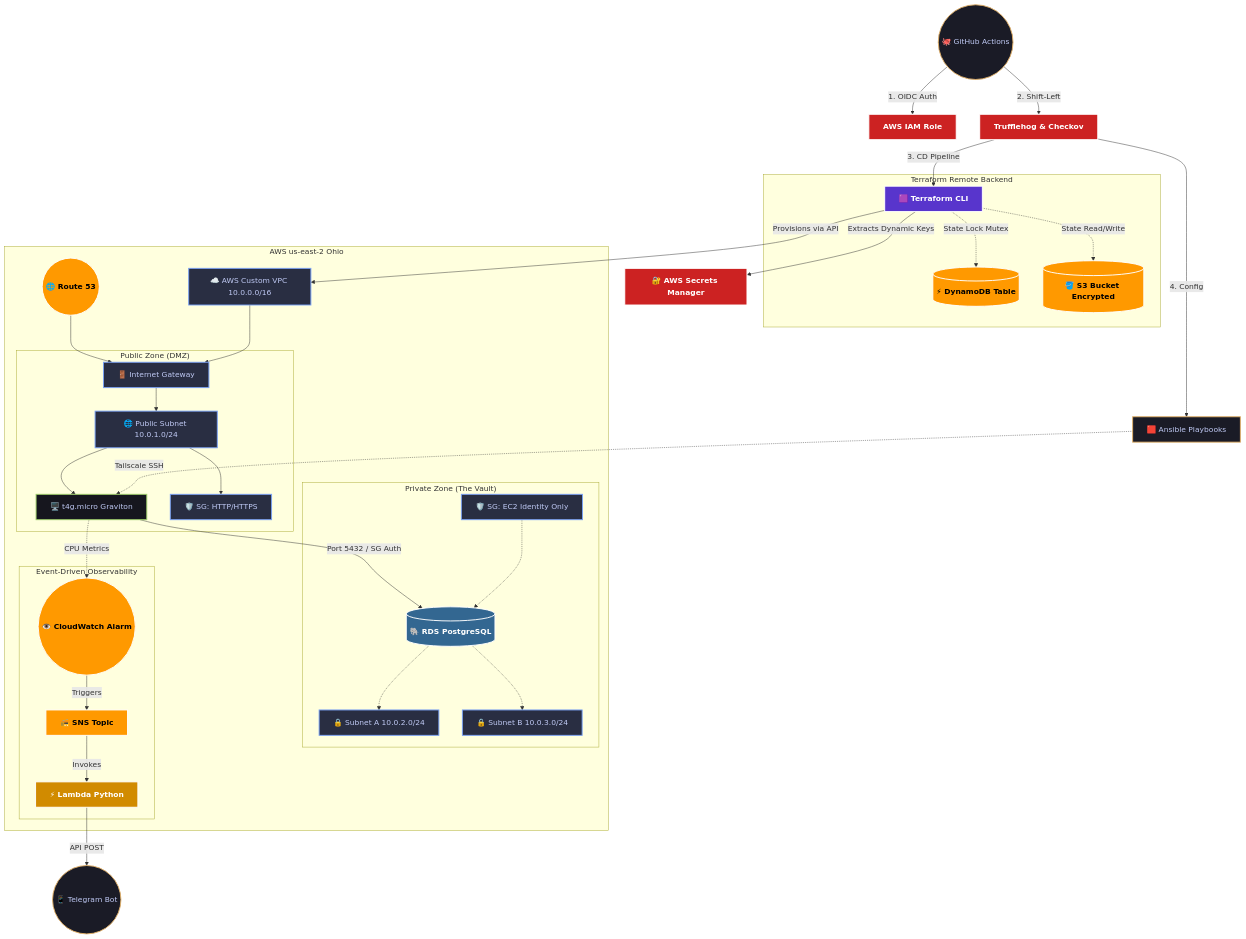
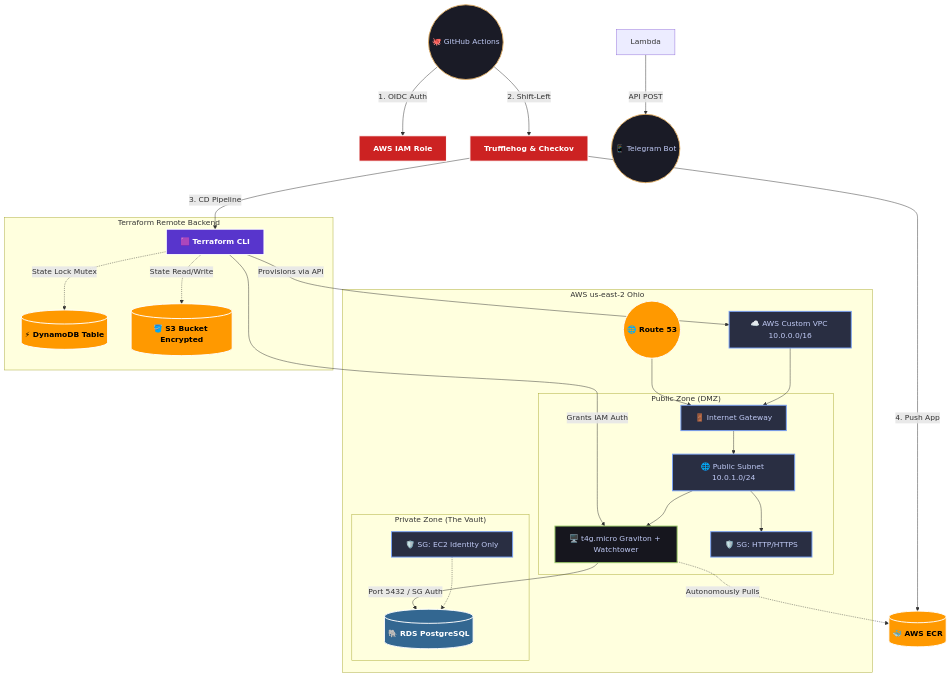
The diagram in README.md (ezequieldlv/mysstic-cloud), drawn with Mermaid before and after one commit. The commit also changed other lines of this file and 5 other files, not shown here.

Commit message:
feat(aws): split ECR into microservices, attach read policies to EC2, and deploy Watchtower agent

````diff
--- a/README.md
+++ b/README.md
@@ -29,51 +30,43 @@
 ```mermaid
 graph TD
     classDef aws fill:#FF9900,stroke:#fff,stroke-width:2px,color:#000,font-weight:bold
     classDef tf fill:#5835CC,stroke:#fff,stroke-width:2px,color:#fff,font-weight:bold
     classDef cicd fill:#1a1b26,stroke:#e0af68,stroke-width:2px,color:#c0caf5
     classDef net fill:#292e42,stroke:#7aa2f7,stroke-width:2px,color:#c0caf5
     classDef compute fill:#16161e,stroke:#9ece6a,stroke-width:2px,color:#c0caf5
     classDef db fill:#336791,stroke:#fff,stroke-width:2px,color:#fff,font-weight:bold
     classDef sec fill:#cc2222,stroke:#fff,stroke-width:2px,color:#fff,font-weight:bold
     classDef serverless fill:#D18B00,stroke:#fff,stroke-width:2px,color:#fff,font-weight:bold
 
     GitHub((🐙 GitHub Actions)):::cicd -->|1. OIDC Auth| IAM[AWS IAM Role]:::sec
     GitHub -->|2. Shift-Left| SecGates[Trufflehog & Checkov]:::sec
     SecGates -->|3. CD Pipeline| TF[🟪 Terraform CLI]:::tf
-    SecGates -->|4. Config| Ansible[🟥 Ansible Playbooks]:::cicd
-    
+    SecGates -->|4. Push App| ECR[(🐳 AWS ECR)]:::aws
+
     subgraph "Terraform Remote Backend"
         TF -.->|State Lock Mutex| Dynamo[(⚡ DynamoDB Table)]:::aws
         TF -.->|State Read/Write| S3[(🪣 S3 Bucket Encrypted)]:::aws
     end
 
     TF -->|Provisions via API| VPC[☁️ AWS Custom VPC 10.0.0.0/16]:::net
-    TF -->|Extracts Dynamic Keys| Vault[🔐 AWS Secrets Manager]:::sec
+    TF -->|Grants IAM Auth| EC2
 
     subgraph "AWS us-east-2 Ohio"
         Route53((🌐 Route 53)):::aws --> IGW
         VPC --> IGW[🚪 Internet Gateway]:::net
-        
+
         subgraph "Public Zone (DMZ)"
             IGW --> PubSub[🌐 Public Subnet 10.0.1.0/24]:::net
-            PubSub --> EC2[🖥️ t4g.micro Graviton]:::compute
+            PubSub --> EC2[🖥️ t4g.micro Graviton + Watchtower]:::compute
             PubSub --> SG1[🛡️ SG: HTTP/HTTPS]:::net
         end
 
         subgraph "Private Zone (The Vault)"
             EC2 -->|Port 5432 / SG Auth| RDS[(🐘 RDS PostgreSQL)]:::db
-            RDS -.-> PrivSub1[🔒 Subnet A 10.0.2.0/24]:::net
-            RDS -.-> PrivSub2[🔒 Subnet B 10.0.3.0/24]:::net
             SG2[🛡️ SG: EC2 Identity Only]:::net -.-> RDS
         end
-        
-        subgraph "Event-Driven Observability"
-            EC2 -.->|CPU Metrics| CW((👁️ CloudWatch Alarm)):::aws
-            CW -->|Triggers| SNS[📻 SNS Topic]:::aws
-            SNS -->|Invokes| Lambda[⚡ Lambda Python]:::serverless
-        end
     end
-    
-    Ansible -.->|Tailscale SSH| EC2
+
+    EC2 -.->|Autonomously Pulls| ECR
     Lambda -->|API POST| Telegram((📱 Telegram Bot)):::cicd
 ```
````
